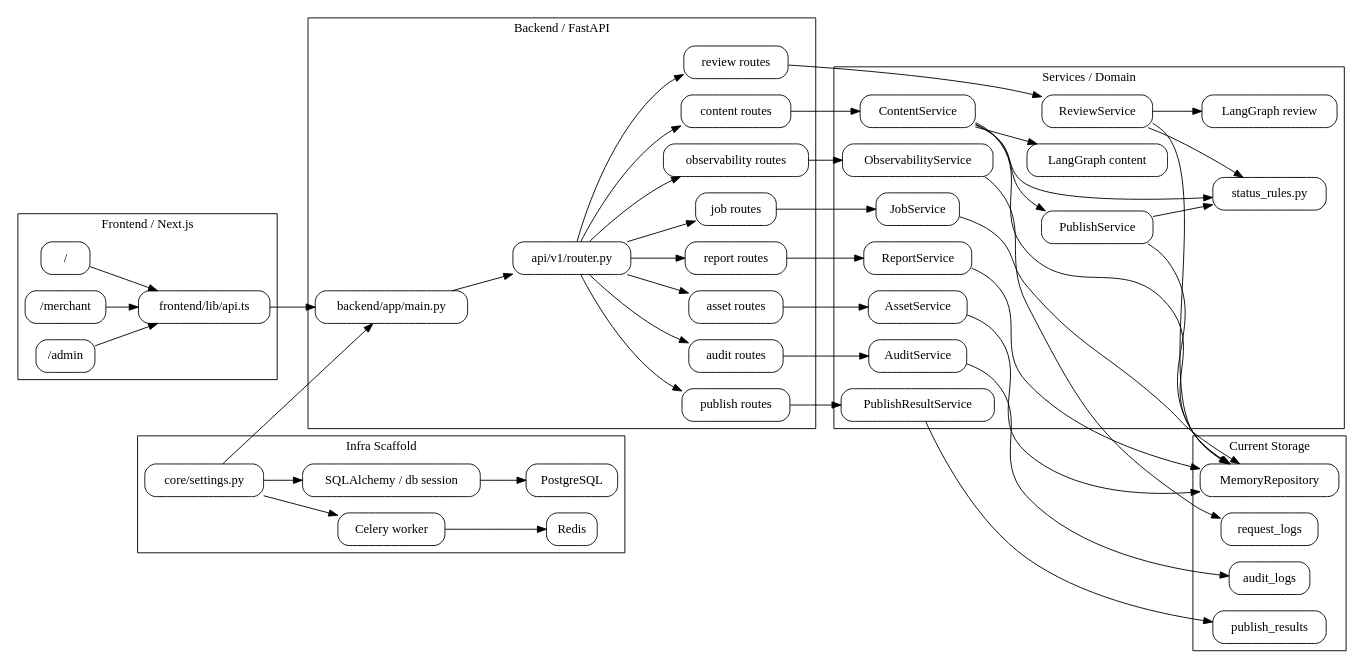
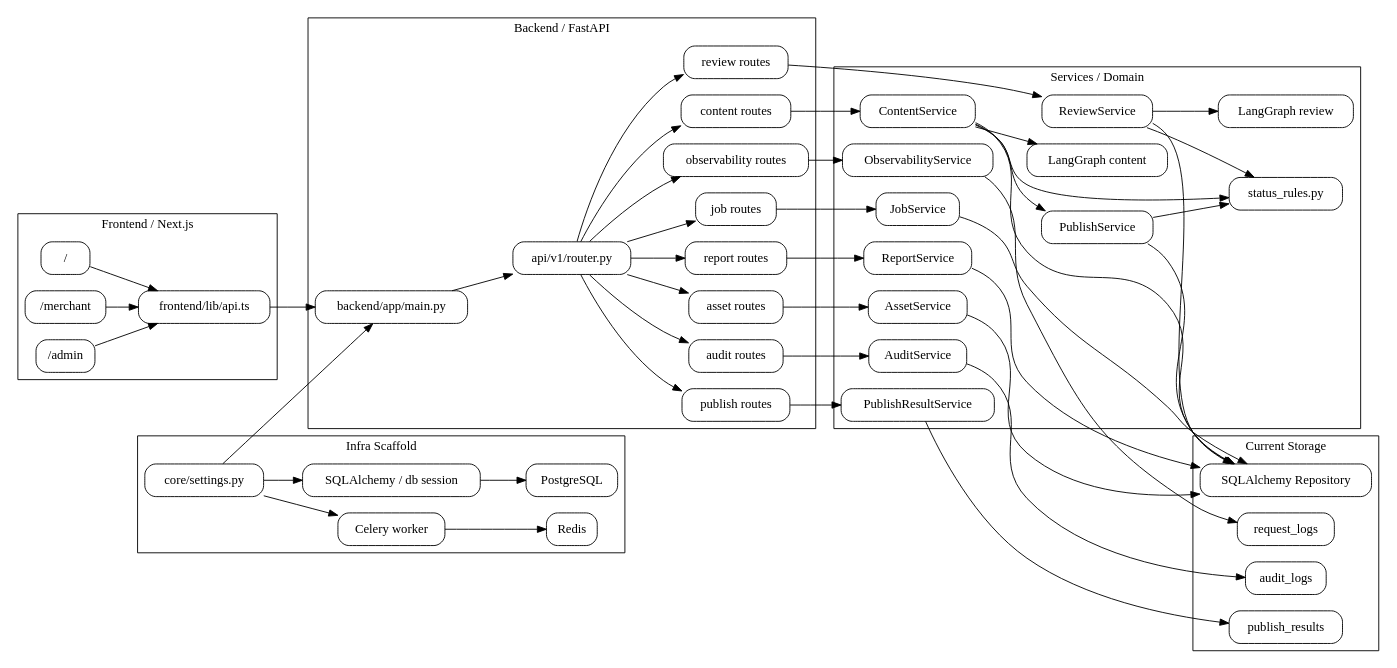
Before and after one commit to stnguswnd/marketing_AI: the second of 8 diagrams in docs/PROJECT_DIAGRAMS.md, drawn with Graphviz. The commit also changed other lines of this file and 108 other files, not shown here.

```diff
--- a/docs/PROJECT_DIAGRAMS.md
+++ b/docs/PROJECT_DIAGRAMS.md
@@ -153,7 +153,7 @@
 
   subgraph cluster_storage {
     label="Current Storage";
-    MemoryRepo [label="MemoryRepository"];
+    MemoryRepo [label="SQLAlchemy Repository"];
     PublishResults [label="publish_results"];
     AuditLogs [label="audit_logs"];
     RequestLogs [label="request_logs"];
```
